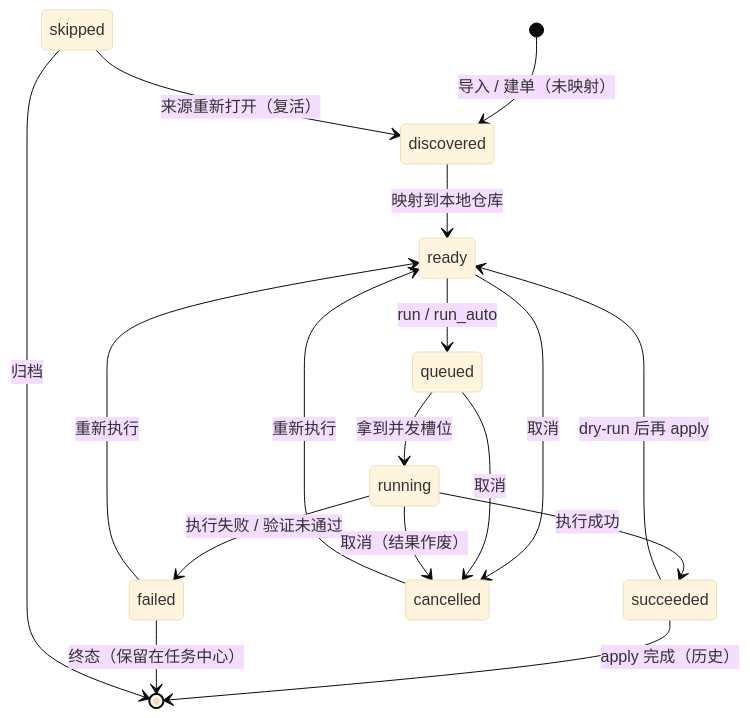
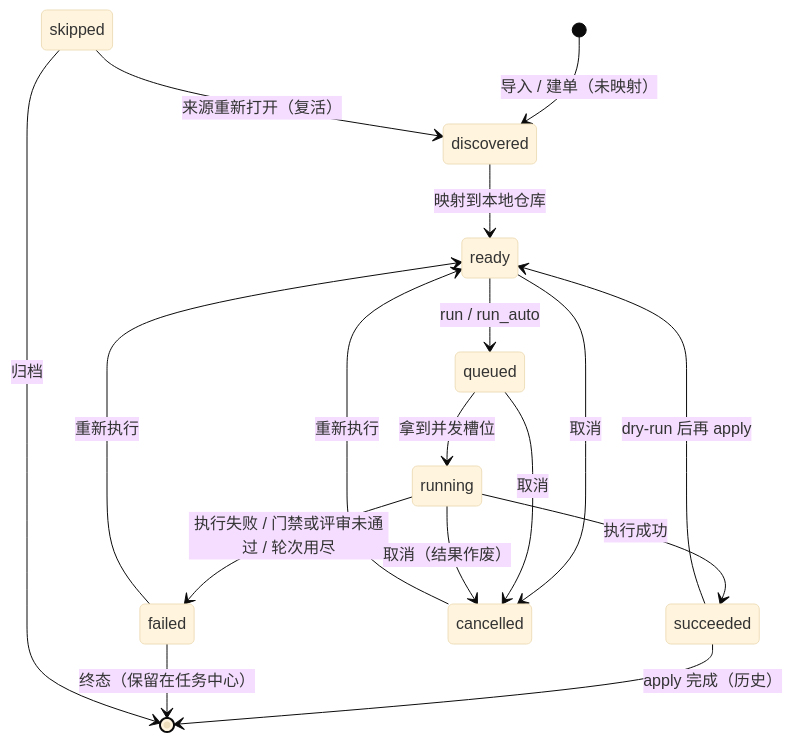
One commit to cheerly-plan/CheerlyTaskAgent changed the second of 3 diagrams in docs/task-lifecycle.md. Above: the diagram before and after it, drawn with Mermaid (base theme). The commit also changed other lines of this file and 16 other files, not shown here.

````diff
--- a/docs/task-lifecycle.md
+++ b/docs/task-lifecycle.md
@@ -312,19 +359,19 @@
 ```mermaid
 stateDiagram-v2
     [*] --> discovered: 导入 / 建单（未映射）
     discovered --> ready: 映射到本地仓库
     ready --> queued: run / run_auto
     queued --> running: 拿到并发槽位
     running --> succeeded: 执行成功
-    running --> failed: 执行失败 / 验证未通过
+    running --> failed: 执行失败 / 门禁或评审未通过 / 轮次用尽
     ready --> cancelled: 取消
     queued --> cancelled: 取消
     running --> cancelled: 取消（结果作废）
     failed --> ready: 重新执行
     cancelled --> ready: 重新执行
     succeeded --> ready: dry-run 后再 apply
     succeeded --> [*]: apply 完成（历史）
     failed --> [*]: 终态（保留在任务中心）
     skipped --> discovered: 来源重新打开（复活）
     skipped --> [*]: 归档
 ```
````
